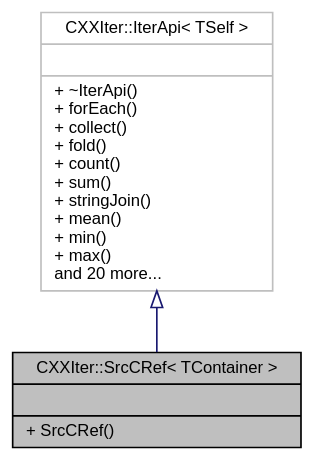
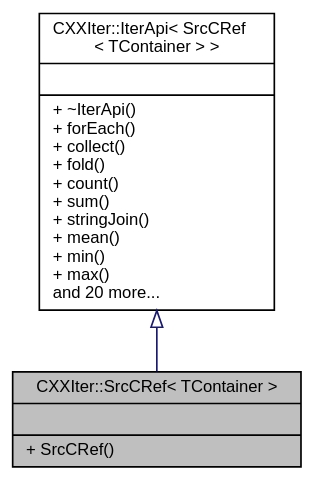
One commit to seijikun/CXXIter changed the diagram in classCXXIter_1_1SrcCRef__inherit__graph.dot. Above: the diagram before and after it, drawn with Graphviz. The commit also changed 114 other files, not shown here.

```diff
--- a/classCXXIter_1_1SrcCRef__inherit__graph.dot
+++ b/classCXXIter_1_1SrcCRef__inherit__graph.dot
@@ -1,11 +1,11 @@
 digraph "CXXIter::SrcCRef&lt; TContainer &gt;"
 {
  // INTERACTIVE_SVG=YES
  // LATEX_PDF_SIZE
   bgcolor="transparent";
   edge [fontname="Helvetica",fontsize="10",labelfontname="Helvetica",labelfontsize="10"];
   node [fontname="Helvetica",fontsize="10",shape=record];
   Node1 [label="{CXXIter::SrcCRef\< TContainer \>\n||+ SrcCRef()\l}",height=0.2,width=0.4,color="black", fillcolor="grey75", style="filled", fontcolor="black",tooltip=" "];
   Node2 -> Node1 [dir="back",color="midnightblue",fontsize="10",style="solid",arrowtail="onormal",fontname="Helvetica"];
-  Node2 [label="{CXXIter::IterApi\< TSelf \>\n||+ ~IterApi()\l+ forEach()\l+ collect()\l+ fold()\l+ count()\l+ sum()\l+ stringJoin()\l+ mean()\l+ min()\l+ max()\land 20 more...\l}",height=0.2,width=0.4,color="grey75",tooltip=" "];
+  Node2 [label="{CXXIter::IterApi\< SrcCRef\l\< TContainer \> \>\n||+ ~IterApi()\l+ forEach()\l+ collect()\l+ fold()\l+ count()\l+ sum()\l+ stringJoin()\l+ mean()\l+ min()\l+ max()\land 20 more...\l}",height=0.2,width=0.4,color="black",URL="$classCXXIter_1_1IterApi.html",tooltip=" "];
 }
```
